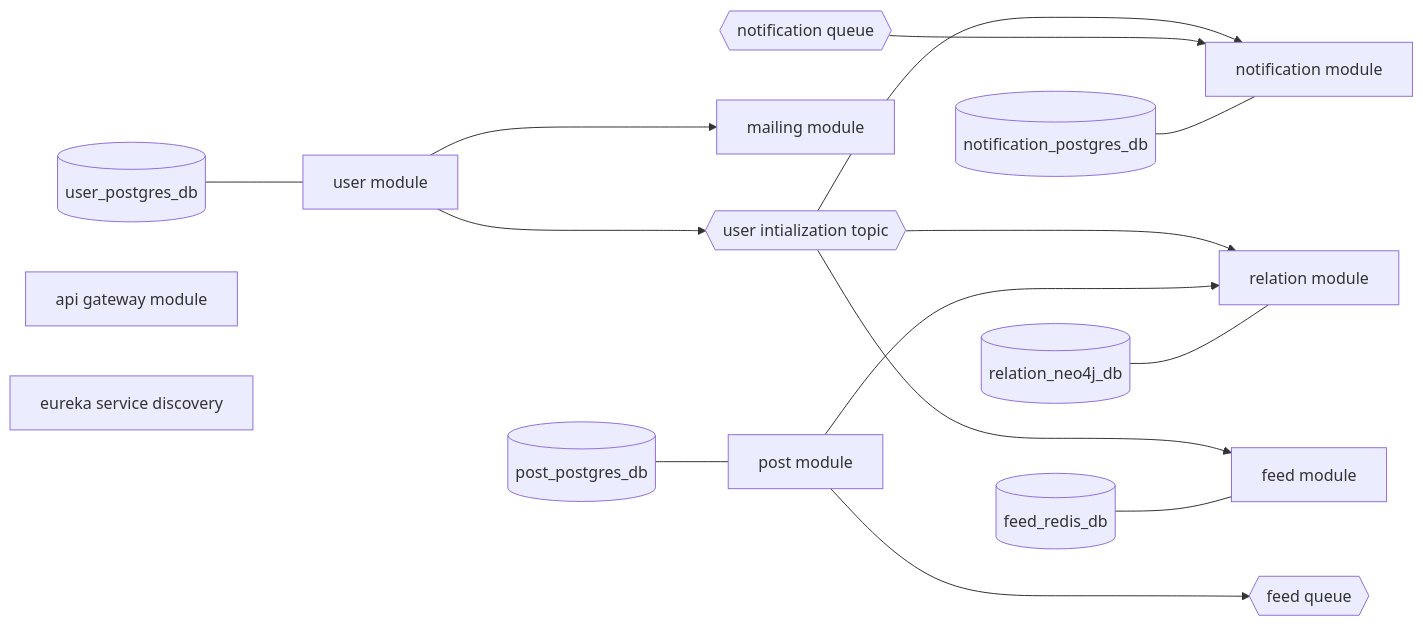
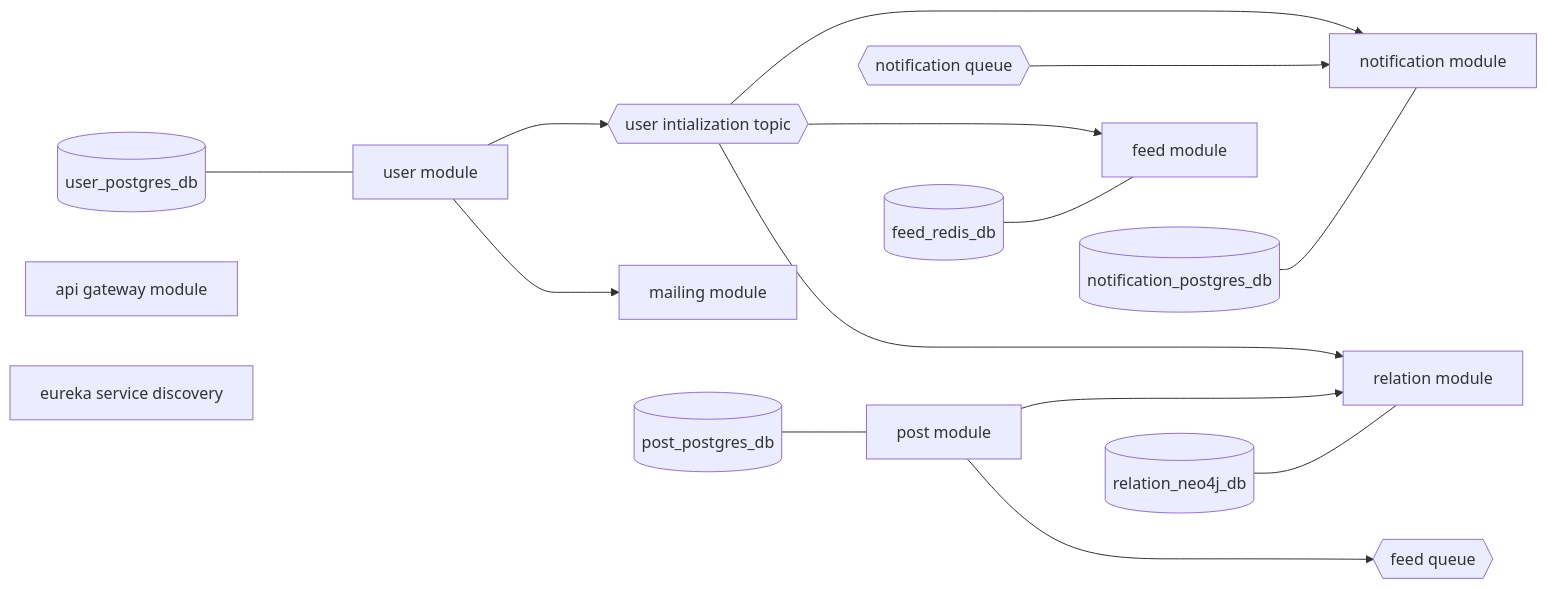
The sixth of 6 diagrams in documentation/general-overview.md (KacperMatusiewicz/facebook), drawn with Mermaid before and after one commit. The commit also changed 62 other files, not shown here.

````diff
--- a/documentation/general-overview.md
+++ b/documentation/general-overview.md
@@ -80,39 +80,39 @@
 ```mermaid
 flowchart LR
     id1[(notification_postgres_db)]
     id2[(user_postgres_db)]
     id3[(relation_neo4j_db)]
     id4[(post_postgres_db)]
     id5[(feed_redis_db)]
     
     id6[user module]
     id8[notification module]
     id12[api gateway module]
     id9[feed module]
     id7[post module]
     id11[relation module]
     id10[mailing module]
     id13[eureka service discovery]
     
     id14{{feed queue}}
     id15{{notification queue}}
     id16{{user intialization topic}}
     
-    id16 ---> id8
+    id16 ----> id8
+    id16 ----> id11
+    id16 ---> id9
     id6 ---> id10
-    id16 ---> id11
-    id2 --- id6
-    id16 ---> id9
+    id2 ---- id6
     id6 ---> id16
   
     id7 ---> id11
     id7 ---> id14  
     
     id15 ---> id8
     
     
     id4 --- id7
     id1 --- id8
     id5 --- id9
     id3 --- id11
 ```
````
